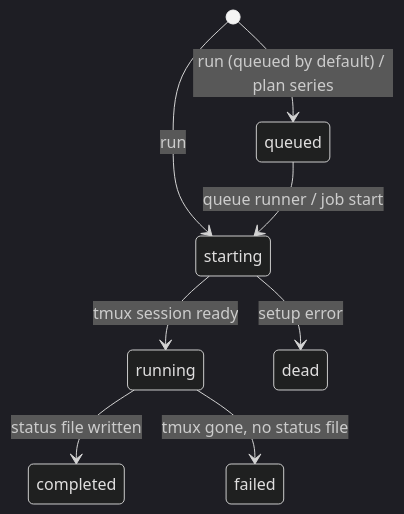
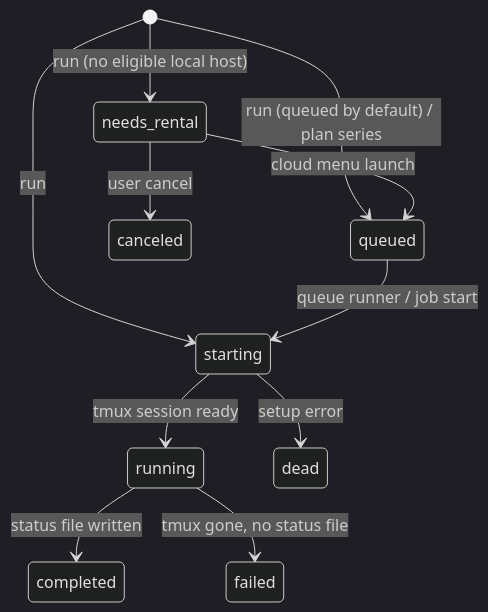
One commit to osteele/weft changed the first of 2 diagrams in docs/architecture.md. Above: the diagram before and after it, drawn with Mermaid (dark theme). The commit also changed other lines of this file and 23 other files, not shown here.

````diff
--- a/docs/architecture.md
+++ b/docs/architecture.md
@@ -78,10 +81,13 @@
 ```mermaid
 stateDiagram-v2
     [*] --> queued : run (queued by default) / plan series
     [*] --> starting : run
+    [*] --> needs_rental : run (no eligible local host)
     queued --> starting : queue runner / job start
+    needs_rental --> queued : cloud menu launch
+    needs_rental --> canceled : user cancel
     starting --> running : tmux session ready
     starting --> dead : setup error
     running --> completed : status file written
     running --> failed : tmux gone, no status file
 ```
````
